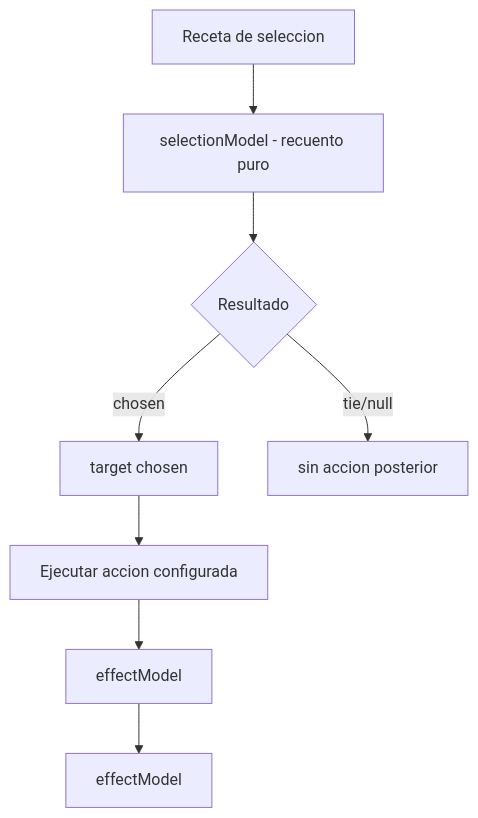
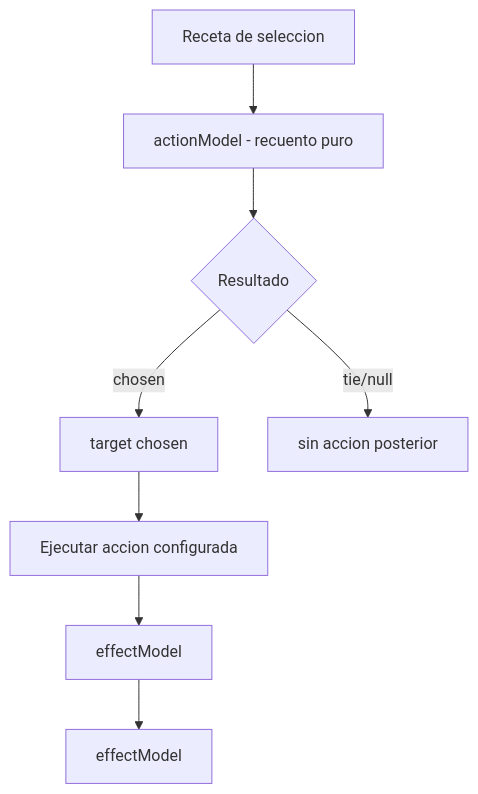
Before and after one commit to juanramonmorandeira/castronegro-director: diagram 12 of 14 in docs/engine_flow_map.md, drawn with Mermaid. The commit also changed other lines of this file and 16 other files, not shown here.

Commit message:
Fold select action resolution into action model

````diff
--- a/docs/engine_flow_map.md
+++ b/docs/engine_flow_map.md
@@ -611,10 +611,10 @@
 ```mermaid
 flowchart TD
-  A[Receta de seleccion] --> B[selectionModel - recuento puro]
+  A[Receta de seleccion] --> B[actionModel - recuento puro]
   B --> C{Resultado}
   C -->|chosen| D[target chosen]
   C -->|tie/null| E[sin accion posterior]
   D --> F[Ejecutar accion configurada]
   F --> G[effectModel]
   G --> H[effectModel]
 ```
````
